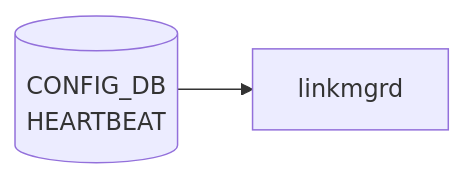
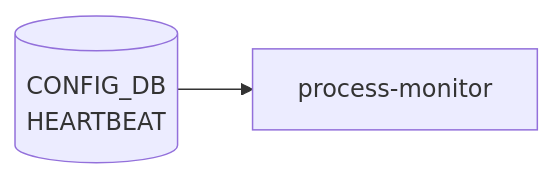
The diagram in docs/reference/config-db/heartbeat.md (aoki-taquan/sonic-unofficial-docs), drawn with Mermaid before and after one commit. The commit also changed 16 other files, not shown here.

First line of the commit message:
chore(cdb-mermaid): add fallback dict for 27 unmapped tables → 121/121

````diff
--- a/docs/reference/config-db/heartbeat.md
+++ b/docs/reference/config-db/heartbeat.md
@@ -29,6 +29,6 @@
 ```mermaid
 flowchart LR
   CDB[("CONFIG_DB<br/>HEARTBEAT")]
-  DM["linkmgrd"]
+  DM["process-monitor"]
   CDB --> DM
 ```
````
